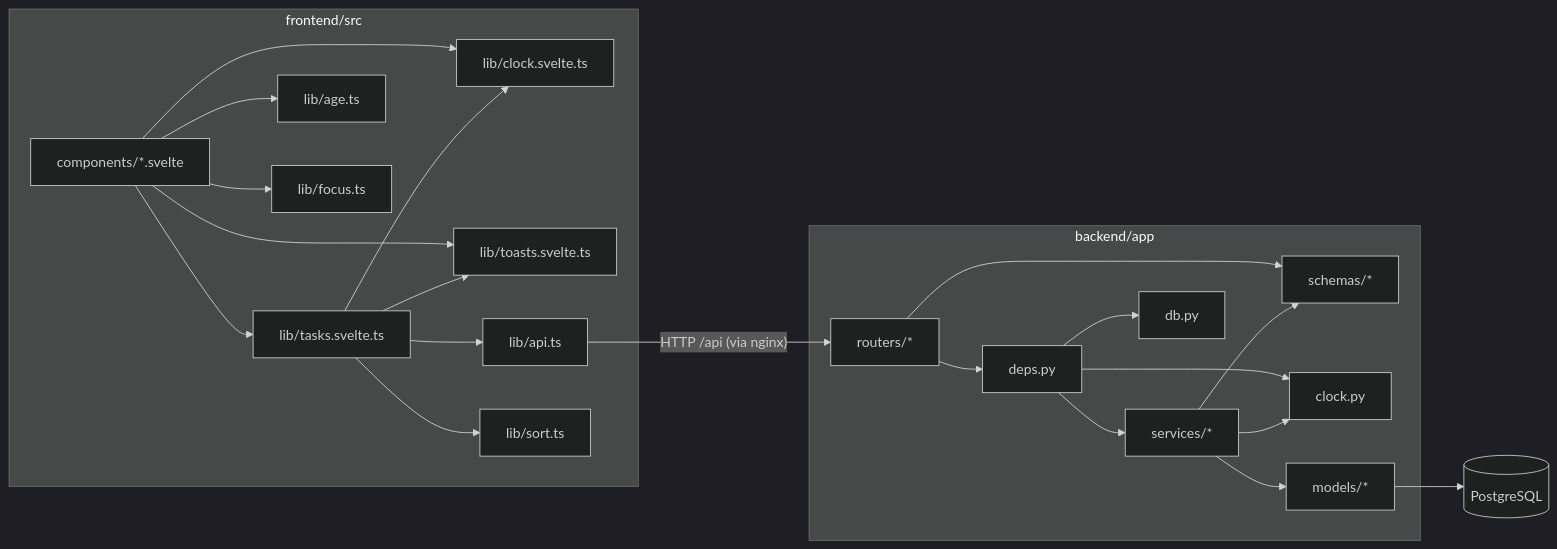
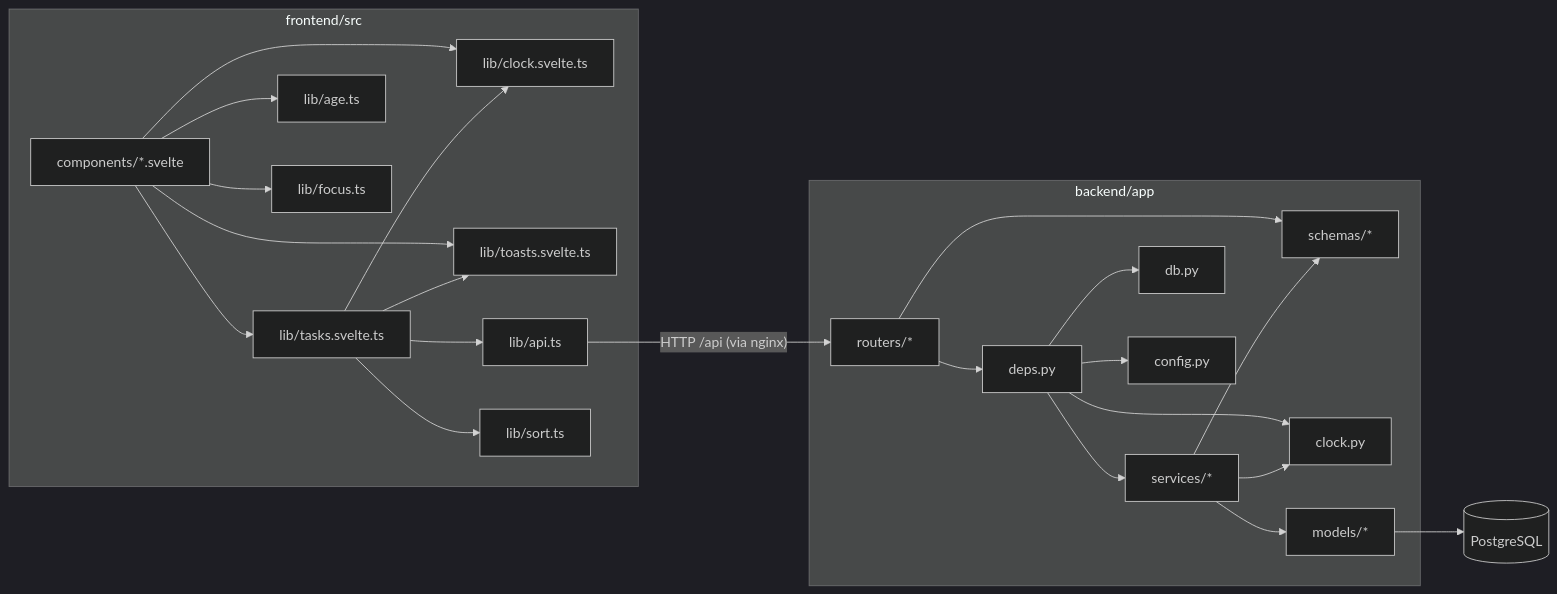
The first of 3 diagrams in _bmad-output/initiative-todo-app/architecture-todo-app/architecture-todo-app.md (PeterNociar/BMAD_todo), drawn with Mermaid (dark theme) before and after one commit. The commit also changed other lines of this file and 26 other files, not shown here.

````diff
--- a/_bmad-output/initiative-todo-app/architecture-todo-app/architecture-todo-app.md
+++ b/_bmad-output/initiative-todo-app/architecture-todo-app/architecture-todo-app.md
@@ -31,26 +31,27 @@
 ```mermaid
 flowchart LR
   subgraph FE[frontend/src]
     C[components/*.svelte] --> S[lib/tasks.svelte.ts]
     C --> CL[lib/clock.svelte.ts]
     C --> AG[lib/age.ts]
     C --> T[lib/toasts.svelte.ts]
     C --> F[lib/focus.ts]
     S --> T
     S --> API[lib/api.ts]
     S --> SO[lib/sort.ts]
     S --> CL
   end
   subgraph BE[backend/app]
     R[routers/*] --> D[deps.py]
     R --> SC[schemas/*]
     D --> SV[services/*]
     D --> K[clock.py]
     D --> DBM[db.py]
+    D --> CF[config.py]
     SV --> M[models/*]
     SV --> K
     SV --> SC
   end
   API -- "HTTP /api (via nginx)" --> R
   M --> DB[(PostgreSQL)]
 ```
````
